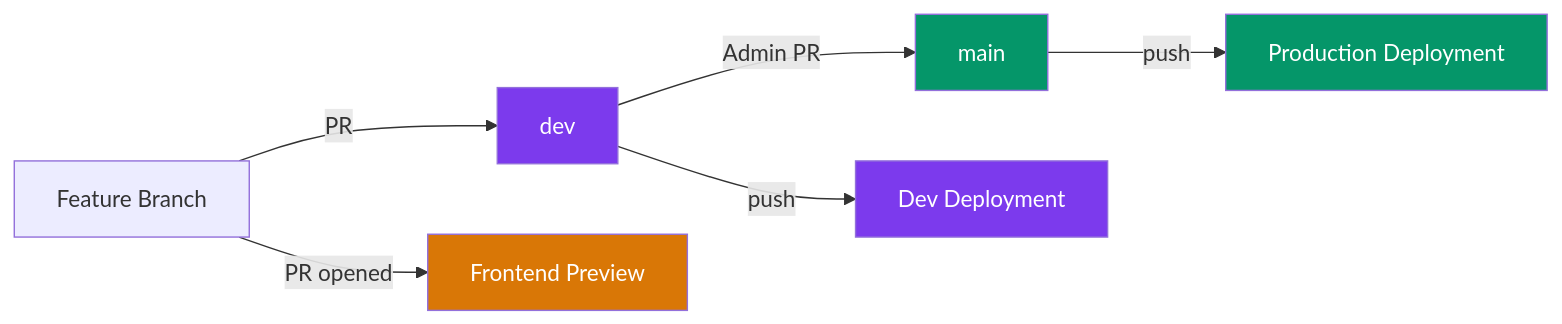
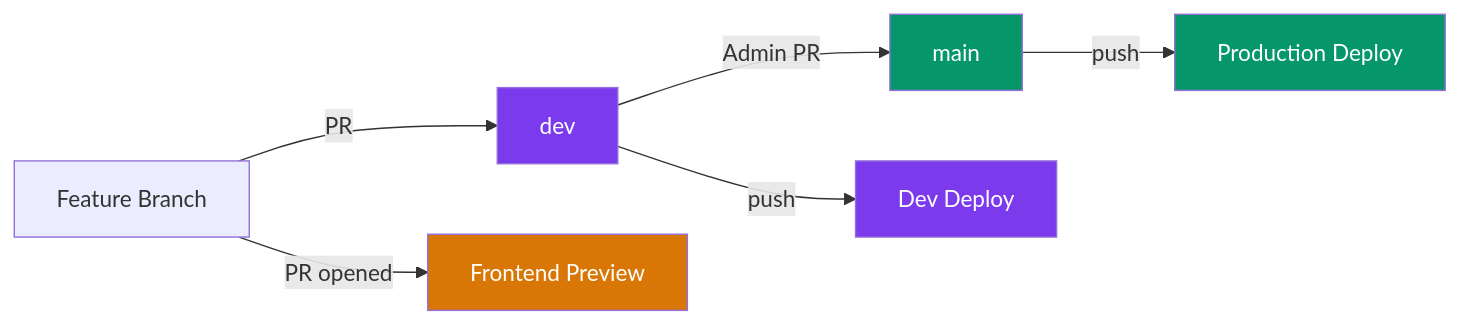
One commit to NITRR-Official/CampusOS changed the diagram in docs/guides/CI_CD.md. Above: the diagram before and after it, drawn with Mermaid. The commit also changed other lines of this file and 22 other files, not shown here.

````diff
--- a/docs/guides/CI_CD.md
+++ b/docs/guides/CI_CD.md
@@ -14,15 +14,15 @@
 ```mermaid
 graph LR
     A[Feature Branch] -->|PR| B[dev]
     B -->|Admin PR| C[main]
 
-    B -->|push| D[Dev Deployment]
-    C -->|push| E[Production Deployment]
+    B -->|push| D[Dev Deploy]
+    C -->|push| E[Production Deploy]
     A -->|PR opened| F[Frontend Preview]
 
     style C fill:#059669,color:#fff
     style B fill:#7c3aed,color:#fff
     style D fill:#7c3aed,color:#fff
     style E fill:#059669,color:#fff
     style F fill:#d97706,color:#fff
 ```
````
